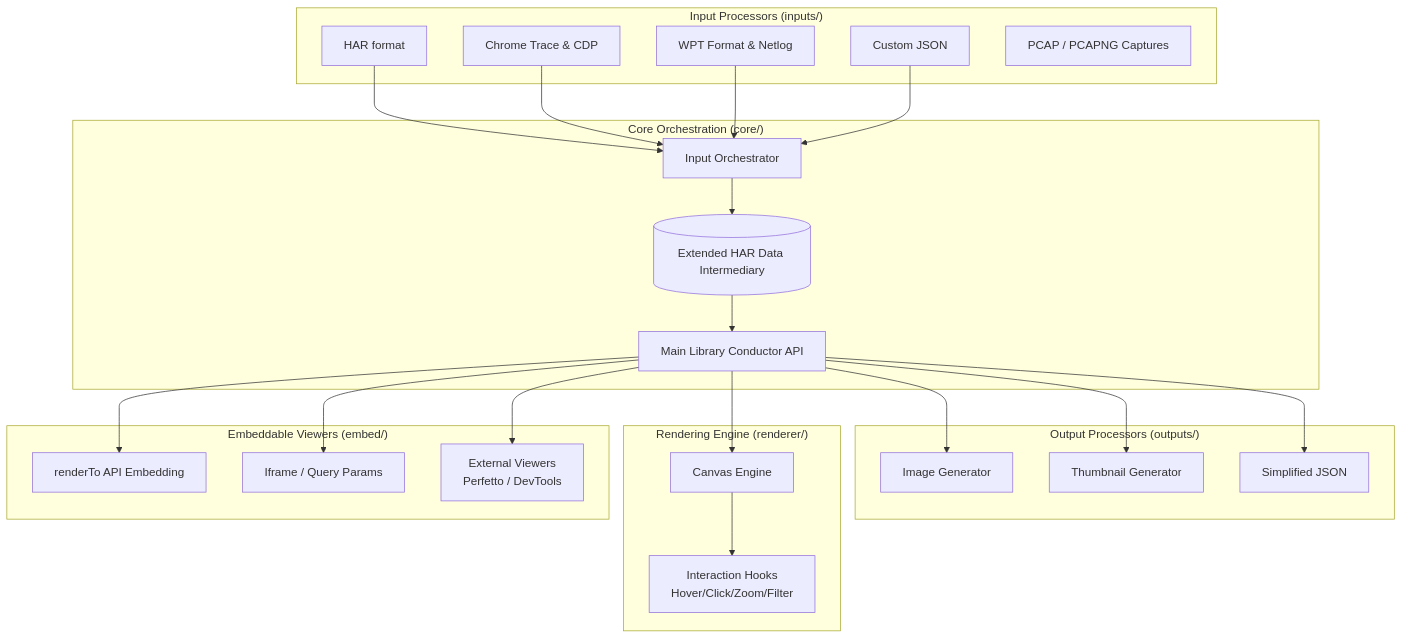
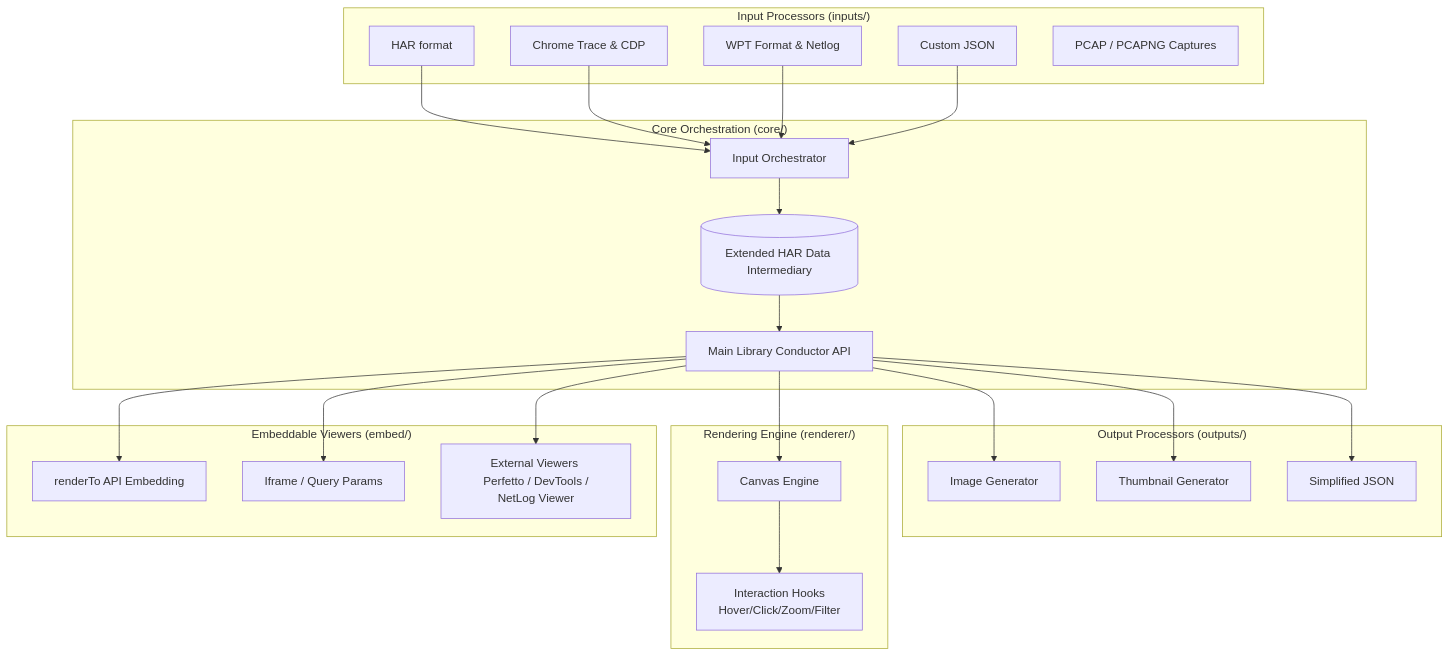
One commit to pmeenan/waterfall-tools changed the diagram in Docs/Architecture.md. Above: the diagram before and after it, drawn with Mermaid. The commit also changed other lines of this file and 8 other files, not shown here.

````diff
--- a/Docs/Architecture.md
+++ b/Docs/Architecture.md
@@ -14,56 +14,56 @@
 ```mermaid
 graph TD
     %% Inputs
     subgraph Inputs ["Input Processors (inputs/)"]
         HARv1[HAR format]
         ChromeTrace[Chrome Trace & CDP]
         WPT[WPT Format & Netlog]
         Custom[Custom JSON]
         Tcpdump[PCAP / PCAPNG Captures]
     end
 
     %% Orchestrator
     subgraph Core ["Core Orchestration (core/)"]
         Orchestrator[Input Orchestrator]
         HAR_Ext[(Extended HAR Data Intermediary)]
         Conductor[Main Library Conductor API]
     end
 
     %% Outputs & Viewers
     subgraph Processors ["Output Processors (outputs/)"]
         ImageGen[Image Generator]
         ThumbGen[Thumbnail Generator]
         JSONGen[Simplified JSON]
     end
 
     subgraph Renderer ["Rendering Engine (renderer/)"]
         Canvas[Canvas Engine]
         Interactions[Interaction Hooks <br/> Hover/Click/Zoom/Filter]
     end
 
     subgraph Embed ["Embeddable Viewers (embed/)"]
         DirectEmbed[renderTo API Embedding]
         Iframe[Iframe / Query Params]
-        External[External Viewers <br/> Perfetto / DevTools]
+        External[External Viewers <br/> Perfetto / DevTools / NetLog Viewer]
     end
 
     %% Connections
     HARv1 --> Orchestrator
     ChromeTrace --> Orchestrator
     WPT --> Orchestrator
     Custom --> Orchestrator
     
     Orchestrator --> HAR_Ext
     HAR_Ext --> Conductor
     
     Conductor --> ImageGen
     Conductor --> ThumbGen
     Conductor --> JSONGen
     
     Conductor --> Canvas
     Canvas --> Interactions
     
     Conductor --> DirectEmbed
     Conductor --> Iframe
     Conductor --> External
 ```
````
